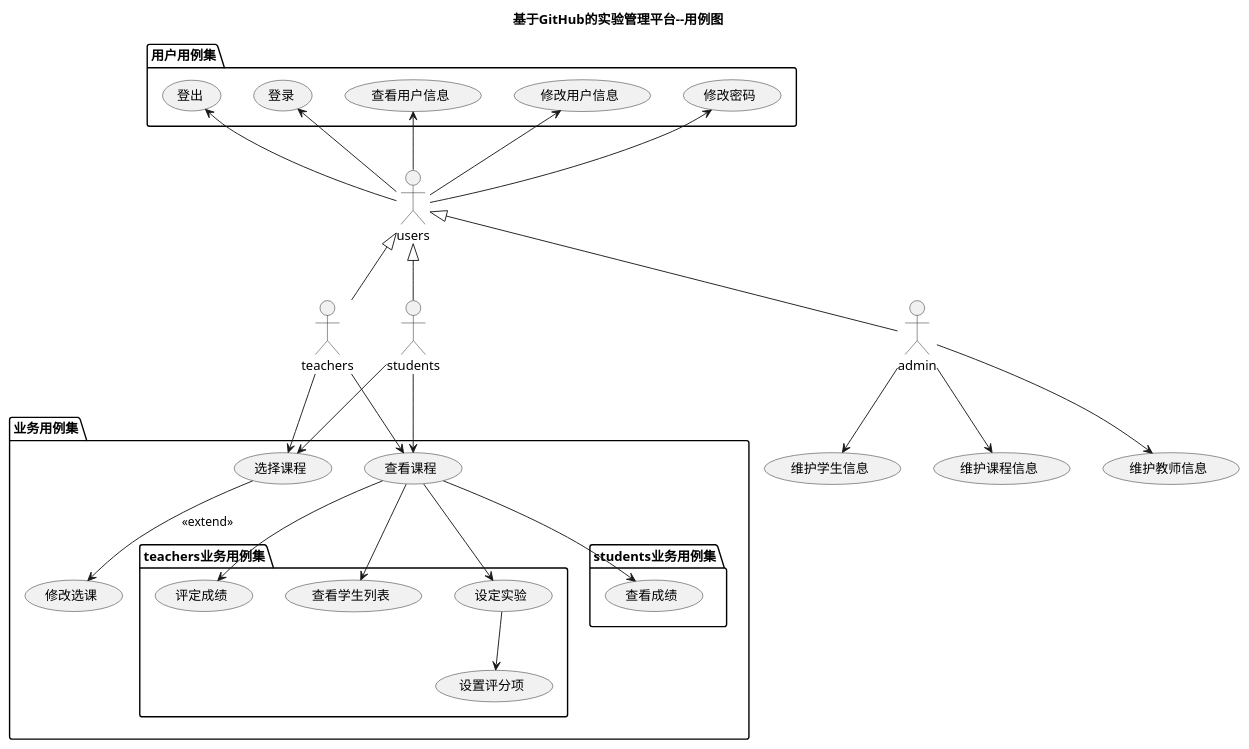
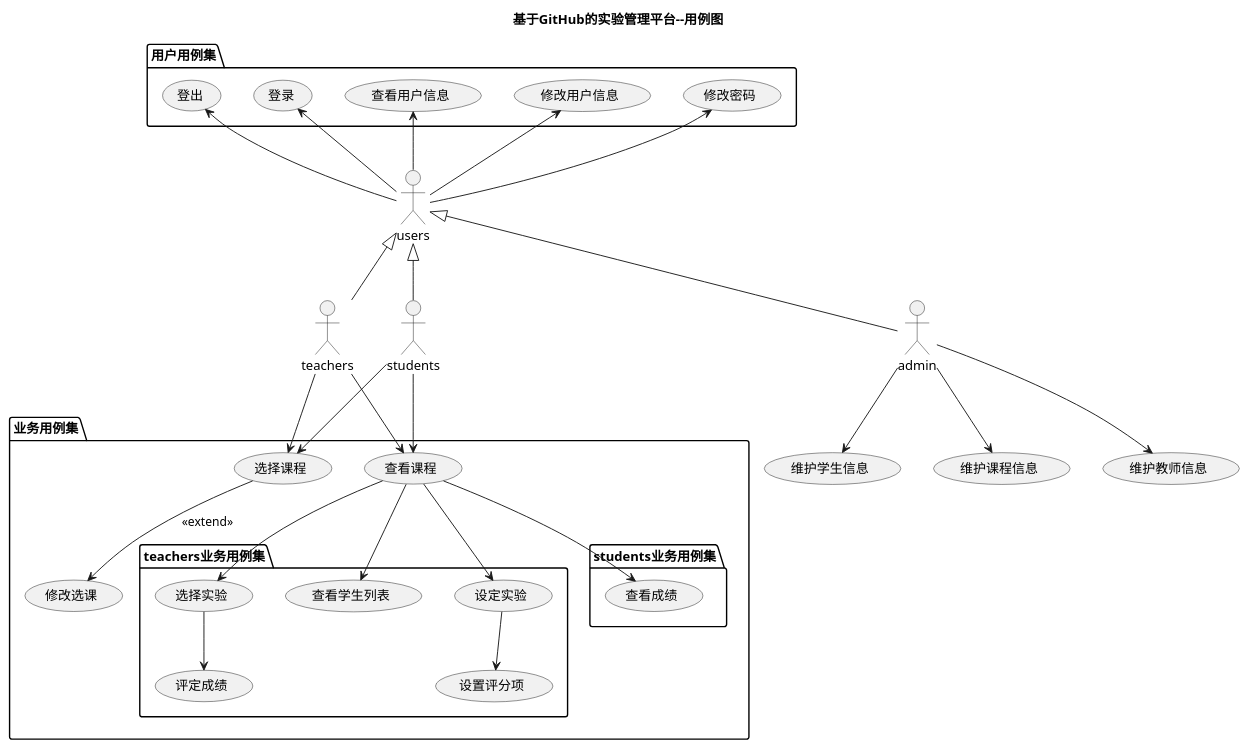
One commit to mzy1997/is_analysis changed the diagram in test6/src/UserCase.puml. Above: the diagram before and after it, drawn with PlantUML. The commit also changed 3 other files, not shown here.

```diff
--- a/test6/src/UserCase.puml
+++ b/test6/src/UserCase.puml
@@ -1,37 +1,38 @@
 @startuml
 title 基于GitHub的实验管理平台--用例图
 actor users
 actor teachers
 actor students
 actor admin
 users <|-- teachers
 users <|-- students
 users <|-- admin
 package 用户用例集{
 users -up-> (修改密码)
 users -up-> (修改用户信息)
 users -up-> (查看用户信息)
 users -up-> (登录)
 users -up-> (登出)
 }
 package 业务用例集{
 teachers --> (选择课程)
 students --> (选择课程)
 (选择课程) -down-> (修改选课):<<extend>>
 teachers -down-> (查看课程)
 package teachers业务用例集{
 (查看课程) -down-> (设定实验)
 (设定实验) -down-> (设置评分项)
-(查看课程)-down-> (评定成绩)
+(查看课程)-down-> (选择实验)
+(选择实验) --> (评定成绩)
 (查看课程) -down-> (查看学生列表)
 }
 package students业务用例集{
 students -down-> (查看课程)
 (查看课程) --> (查看成绩)
 }
 }
 
 admin --> (维护课程信息)
 admin --> (维护教师信息)
 admin --> (维护学生信息)
 @enduml
```
